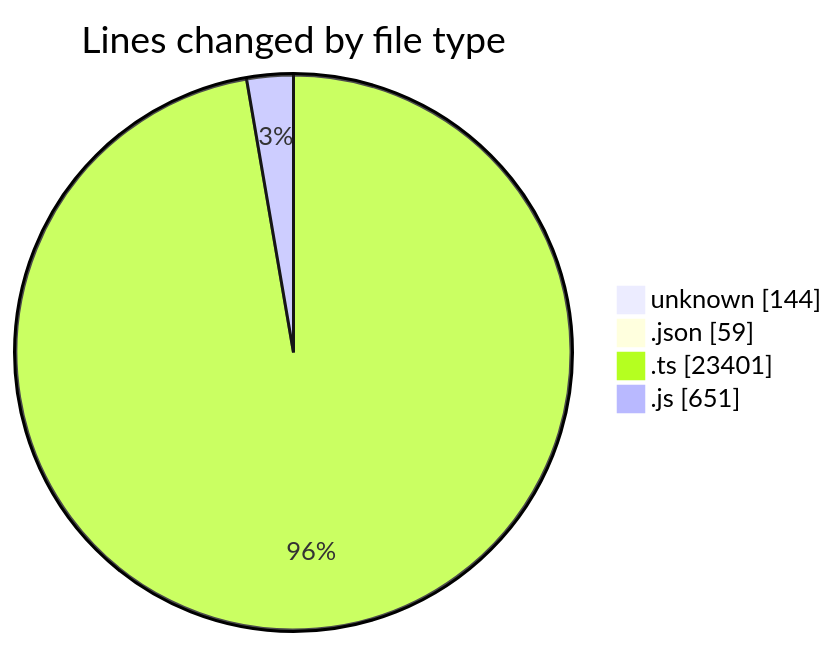
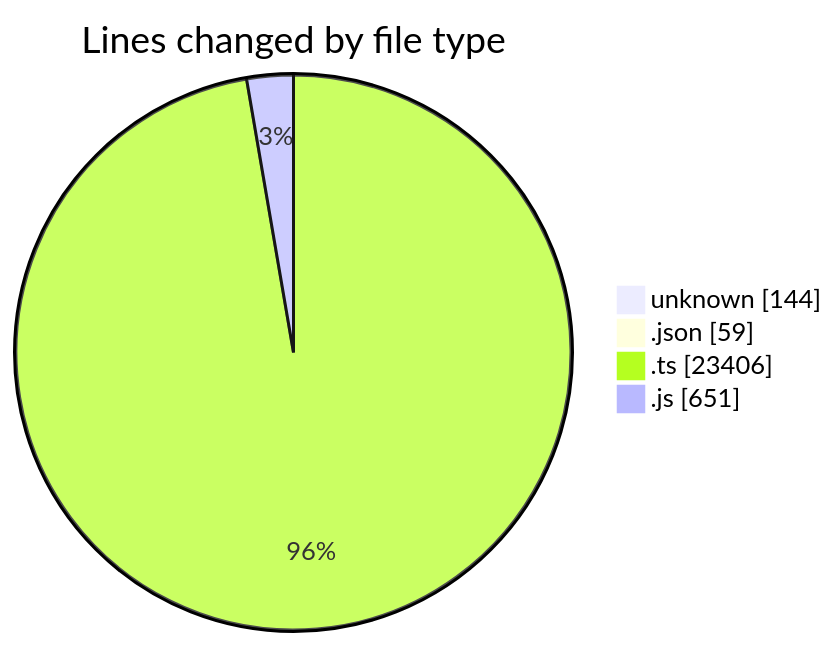
One commit to momahboobian/code-tracking changed the first of 2 diagrams in 2025-11-13/cda/README.md. Above: the diagram before and after it, drawn with Mermaid. The commit also changed other lines of this file and 1 other file, not shown here.

````diff
--- a/2025-11-13/cda/README.md
+++ b/2025-11-13/cda/README.md
@@ -28,8 +28,8 @@
 ```mermaid
 pie showData
 title Lines changed by file type
 "unknown" : 144
 ".json" : 59
-".ts" : 23401
+".ts" : 23406
 ".js" : 651
 ```
````
